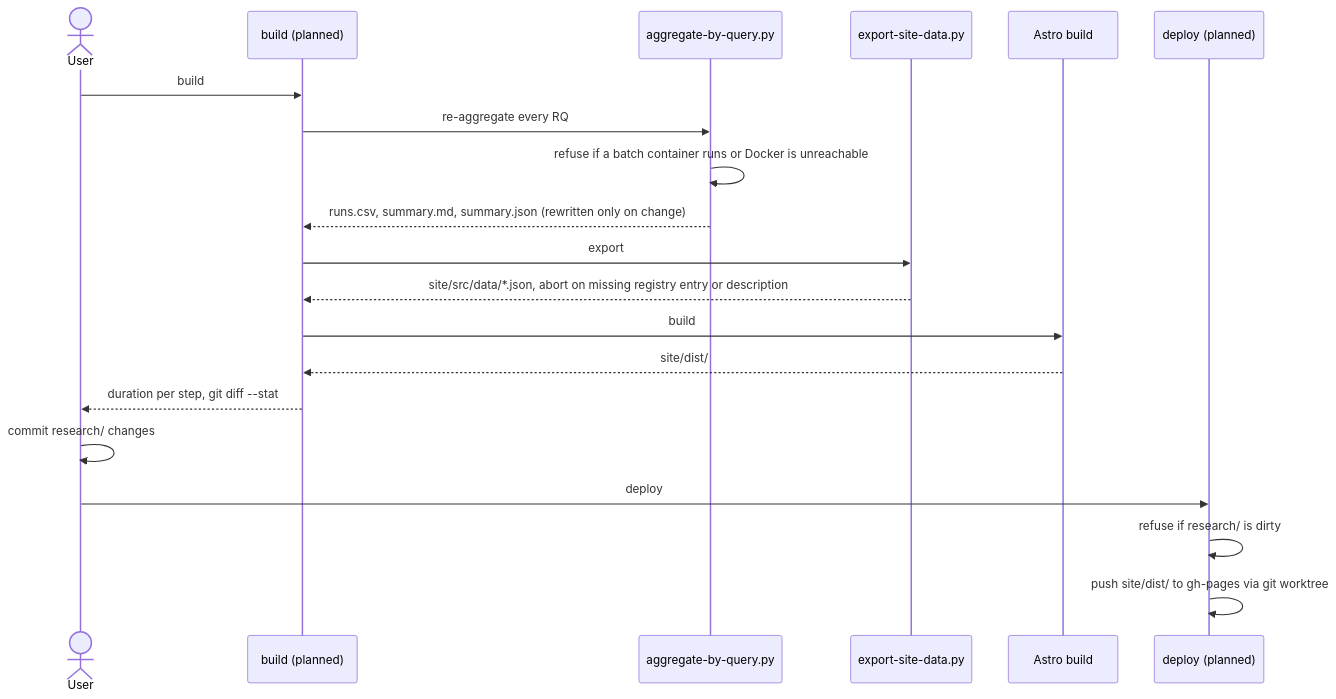
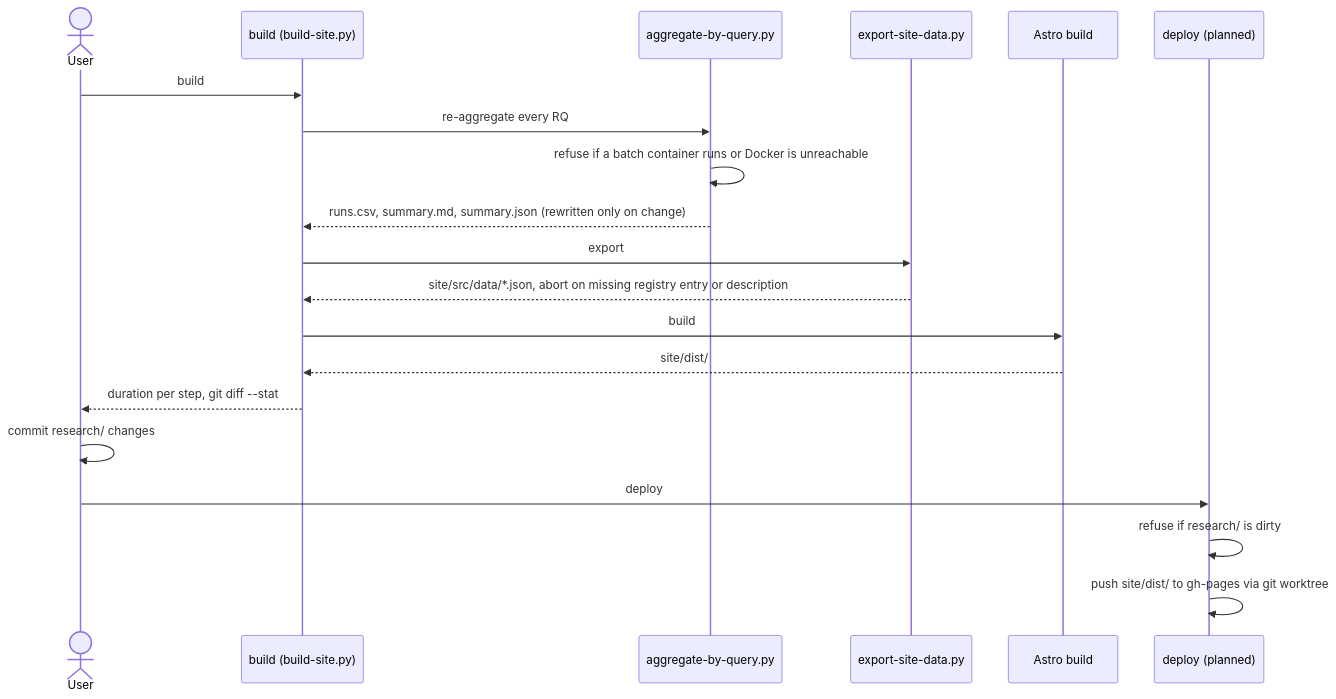
One commit to marcoemrich/agentic_coding_lab changed the second of 4 diagrams in site/docs/architecture.md. Above: the diagram before and after it, drawn with Mermaid. The commit also changed other lines of this file and 17 other files, not shown here.

````diff
--- a/site/docs/architecture.md
+++ b/site/docs/architecture.md
@@ -54,22 +54,22 @@
 ```mermaid
 sequenceDiagram
   actor U as User
-  participant B as build (planned)
+  participant B as build (build-site.py)
   participant A as aggregate-by-query.py
   participant E as export-site-data.py
   participant S as Astro build
   participant D as deploy (planned)
   U->>B: build
   B->>A: re-aggregate every RQ
   A->>A: refuse if a batch container runs or Docker is unreachable
   A-->>B: runs.csv, summary.md, summary.json (rewritten only on change)
   B->>E: export
   E-->>B: site/src/data/*.json, abort on missing registry entry or description
   B->>S: build
   S-->>B: site/dist/
   B-->>U: duration per step, git diff --stat
   U->>U: commit research/ changes
   U->>D: deploy
   D->>D: refuse if research/ is dirty
   D->>D: push site/dist/ to gh-pages via git worktree
 ```
````
